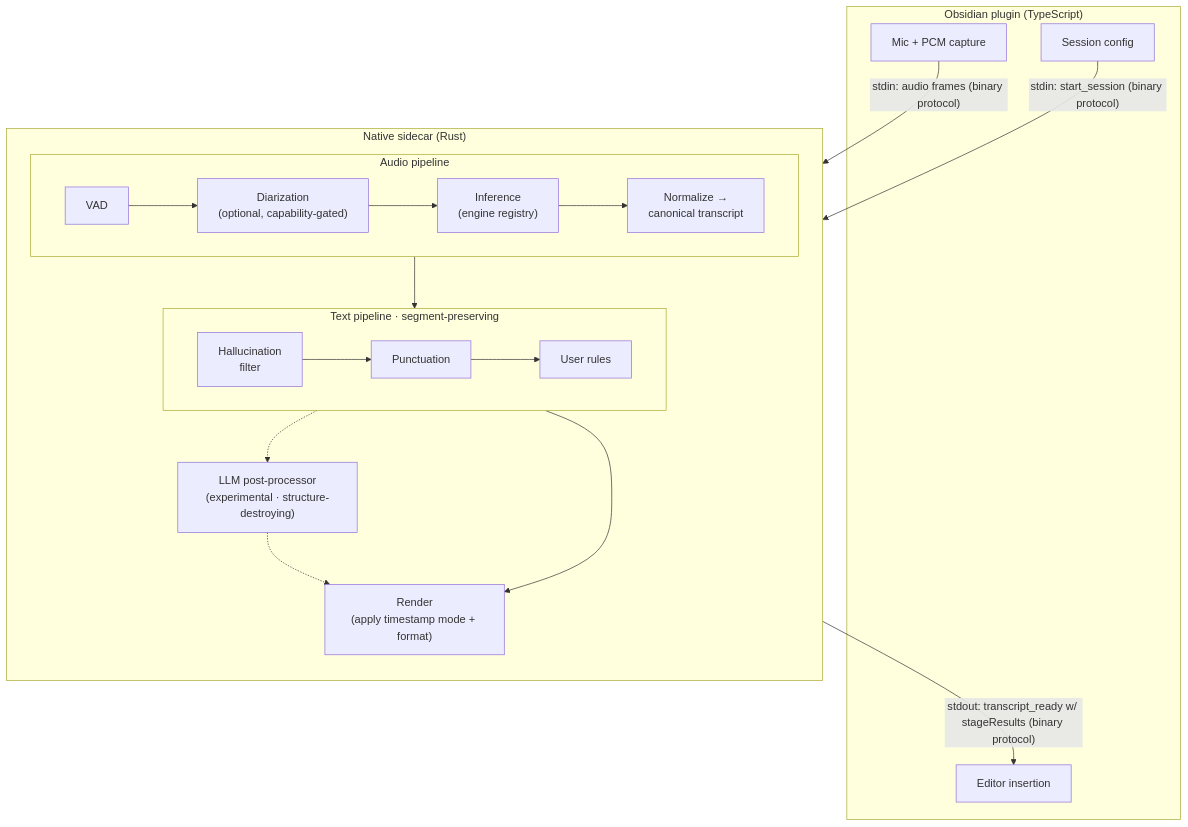
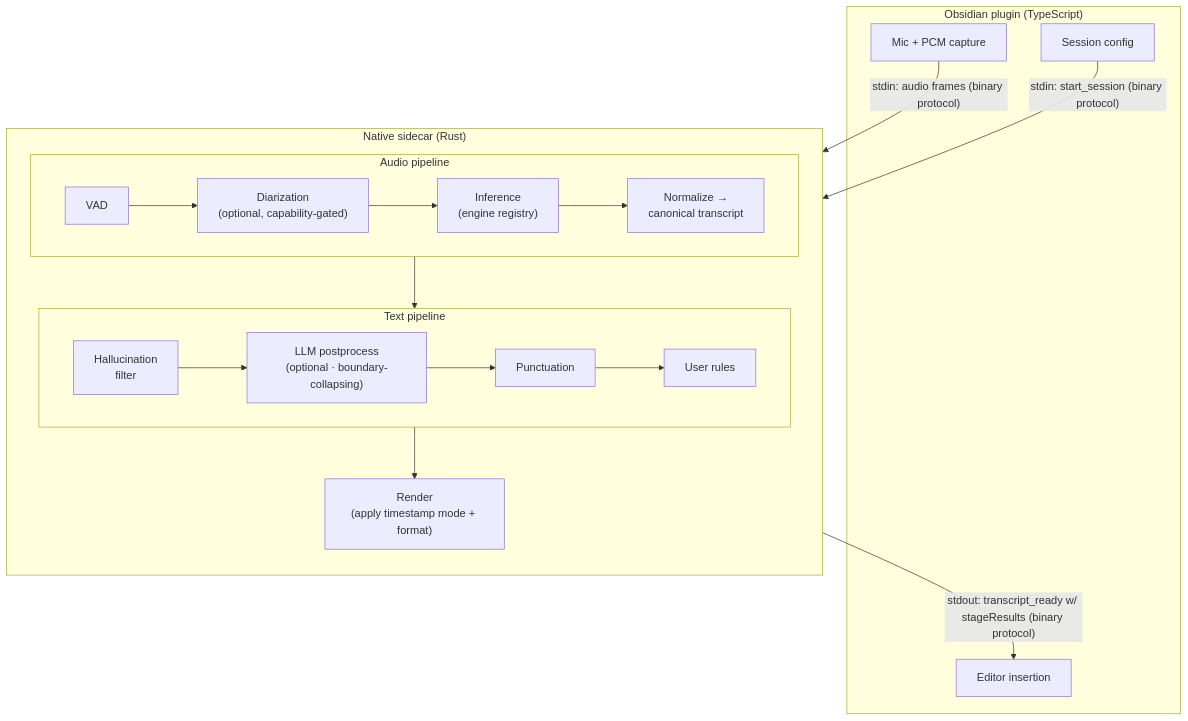
One commit to brittain9/local-dictation-obsidian-plugin changed the second of 7 diagrams in docs/system-architecture.md. Above: the diagram before and after it, drawn with Mermaid. The commit also changed other lines of this file and 23 other files, not shown here.

First line of the commit message:
feat(llm-postprocess): Ollama-backed transcript cleanup stage

````diff
--- a/docs/system-architecture.md
+++ b/docs/system-architecture.md
@@ -34,33 +34,31 @@
 ```mermaid
 flowchart TB
     subgraph Plugin ["Obsidian plugin (TypeScript)"]
         MIC["Mic + PCM capture"]
         CFG["Session config"]
         EDIT["Editor insertion"]
     end
 
     subgraph Sidecar ["Native sidecar (Rust)"]
         direction TB
 
         subgraph Audio ["Audio pipeline"]
             direction LR
             VAD["VAD"] --> DIA["Diarization<br/>(optional, capability-gated)"] --> INF["Inference<br/>(engine registry)"] --> NORM["Normalize →<br/>canonical transcript"]
         end
 
-        subgraph Text ["Text pipeline · segment-preserving"]
+        subgraph Text ["Text pipeline"]
             direction LR
-            FILT["Hallucination<br/>filter"] --> PUNCT["Punctuation"] --> RULES["User rules"]
+            FILT["Hallucination<br/>filter"] --> LLM["LLM postprocess<br/>(optional · boundary-collapsing)"] --> PUNCT["Punctuation"] --> RULES["User rules"]
         end
 
-        LLM["LLM post-processor<br/>(experimental · structure-destroying)"]
         RENDER["Render<br/>(apply timestamp mode + format)"]
 
         NORM --> FILT
         RULES --> RENDER
-        RULES -.-> LLM -.-> RENDER
     end
 
     MIC -->|"stdin: audio frames (binary protocol)"| VAD
     CFG -->|"stdin: start_session (binary protocol)"| VAD
     RENDER -->|"stdout: transcript_ready w/ stageResults (binary protocol)"| EDIT
 ```
````
